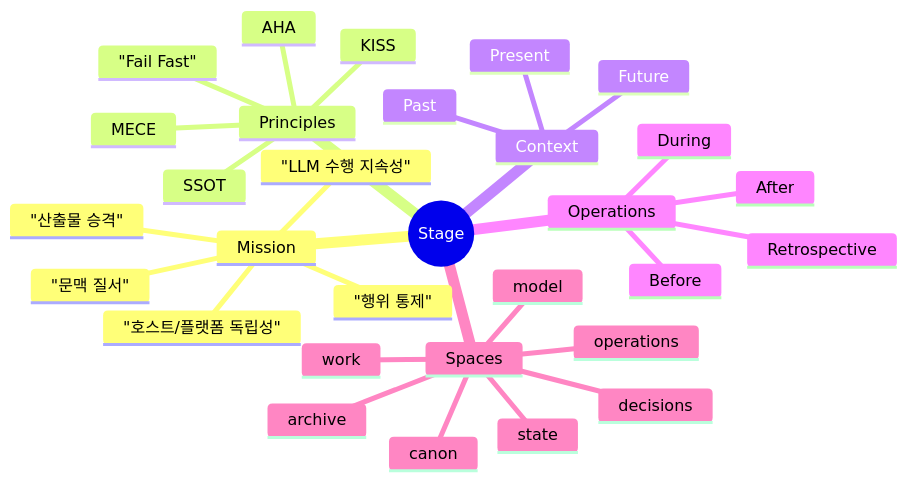
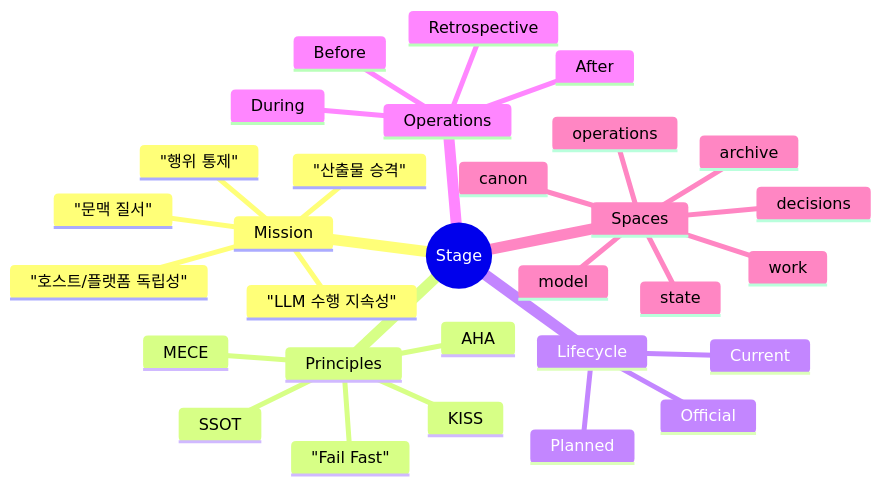
One commit to noory-code/noory-ai changed the first of 16 diagrams in stage/docs/BLUEPRINT.md. Above: the diagram before and after it, drawn with Mermaid. The commit also changed other lines of this file and 12 other files, not shown here.

First line of the commit message:
docs(stage): rewrite concept-layer docs to schema v4 vocabulary (C9, W-00000039)

````diff
--- a/stage/docs/BLUEPRINT.md
+++ b/stage/docs/BLUEPRINT.md
@@ -7,33 +7,33 @@
 ```mermaid
 mindmap
   root((Stage))
     Mission
       "LLM 수행 지속성"
       "문맥 질서"
       "행위 통제"
       "산출물 승격"
       "호스트/플랫폼 독립성"
     Principles
       SSOT
       MECE
       "Fail Fast"
       AHA
       KISS
-    Context
-      Past
-      Present
-      Future
+    Lifecycle
+      Official
+      Current
+      Planned
     Operations
       Before
       During
       After
       Retrospective
     Spaces
       canon
       model
       decisions
       archive
       work
       state
       operations
 ```
````
